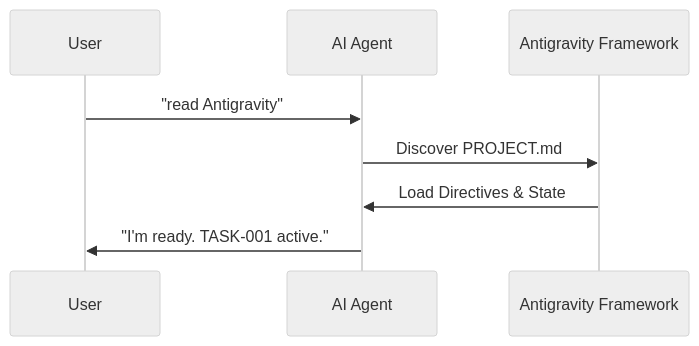
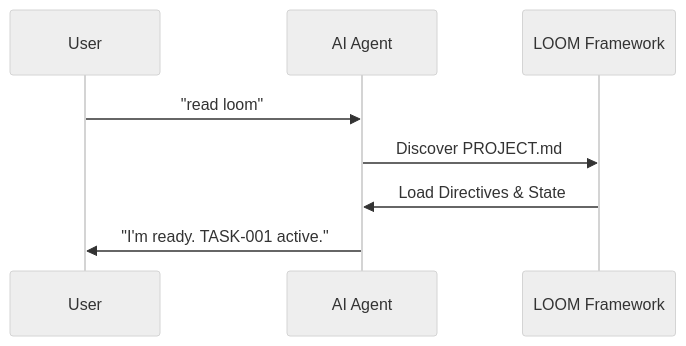
The second of 2 diagrams in README.md (otto78/loom-framework), drawn with Mermaid (neutral theme) before and after one commit. The commit also changed other lines of this file, not shown here.

First line of the commit message:
docs: update README with download links and LOOM branding

````diff
--- a/README.md
+++ b/README.md
@@ -42,10 +42,10 @@
 ```mermaid
 sequenceDiagram
     participant U as User
     participant A as AI Agent
-    participant L as Antigravity Framework
-    U->>A: "read Antigravity"
+    participant L as LOOM Framework
+    U->>A: "read loom"
     A->>L: Discover PROJECT.md
     L->>A: Load Directives & State
     A->>U: "I'm ready. TASK-001 active."
 ```
````
